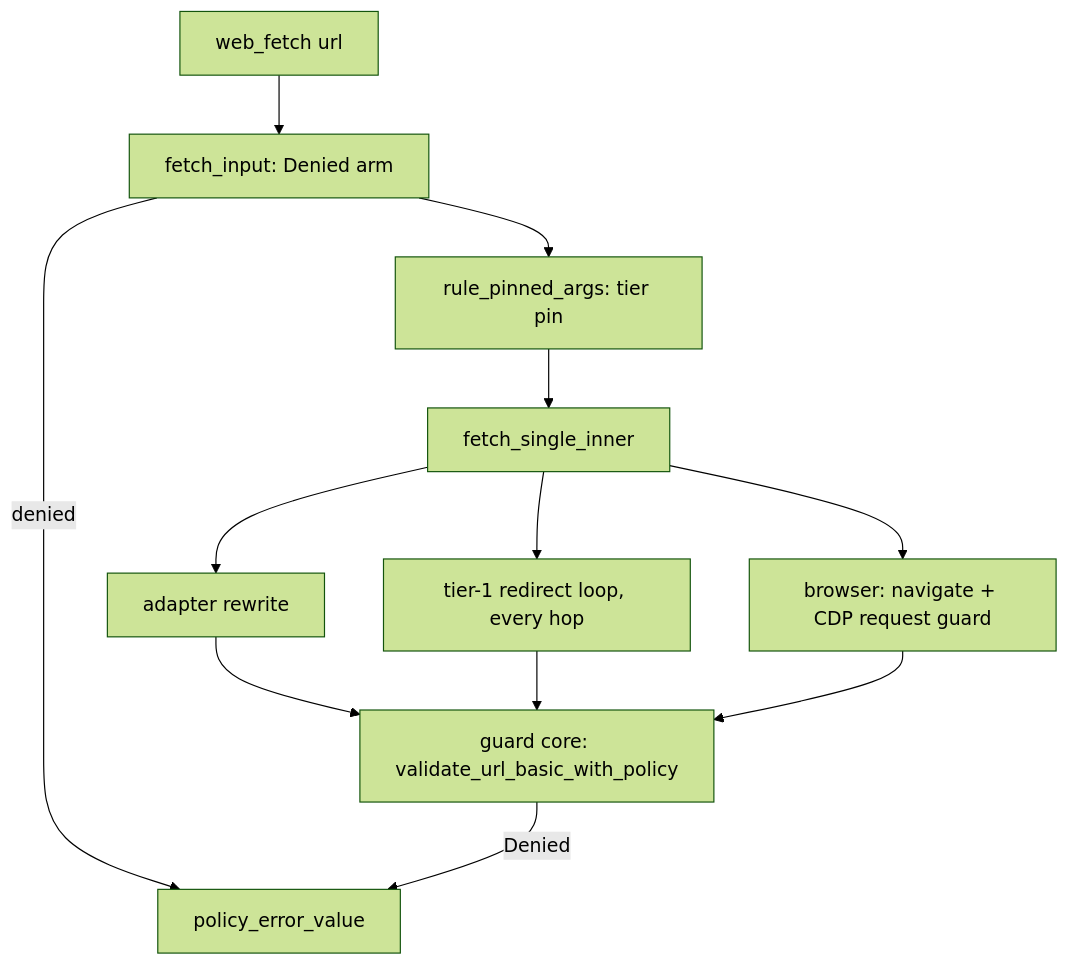
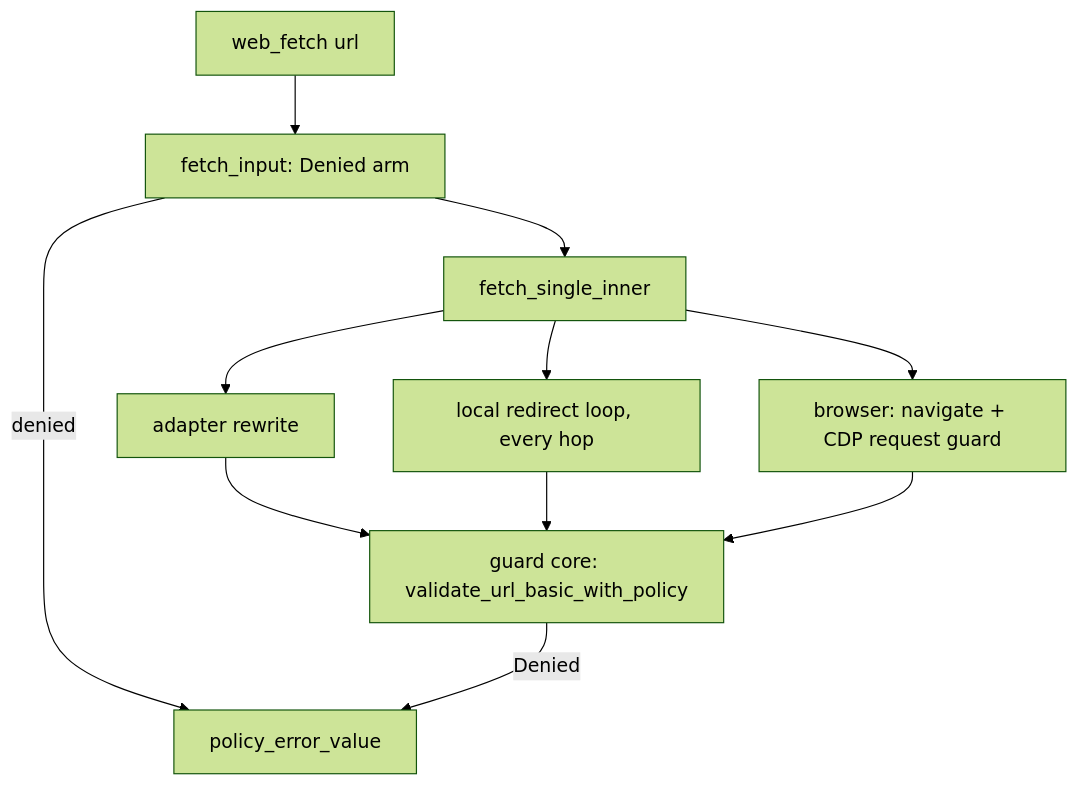
One commit to dondai44423/donsetch changed the first of 2 diagrams in docs/rules-architecture.md. Above: the diagram before and after it, drawn with Mermaid (forest theme). The commit also changed other lines of this file and 26 other files, not shown here.

First line of the commit message:
feat: v5 phase B: fetch escalation and tier vocabulary deleted

````diff
--- a/docs/rules-architecture.md
+++ b/docs/rules-architecture.md
@@ -57,14 +57,13 @@
 ```mermaid
 flowchart TD
     A["web_fetch url"] --> B["fetch_input: Denied arm"]
     B -->|denied| E["policy_error_value"]
-    B --> P["rule_pinned_args: tier pin"]
-    P --> I["fetch_single_inner"]
+    B --> I["fetch_single_inner"]
     I --> R["adapter rewrite"]
-    I --> T1["tier-1 redirect loop, every hop"]
+    I --> T1["local redirect loop, every hop"]
     I --> T2["browser: navigate + CDP request guard"]
     R --> G["guard core: validate_url_basic_with_policy"]
     T1 --> G
     T2 --> G
     G -->|Denied| E
 ```
````
